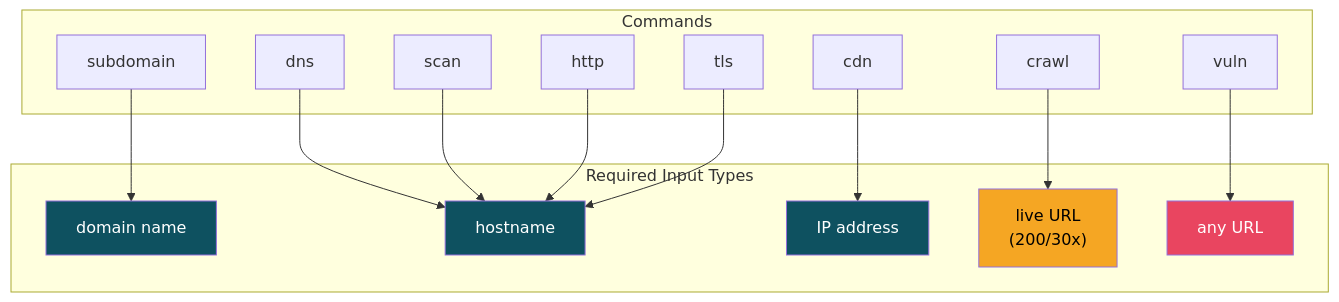
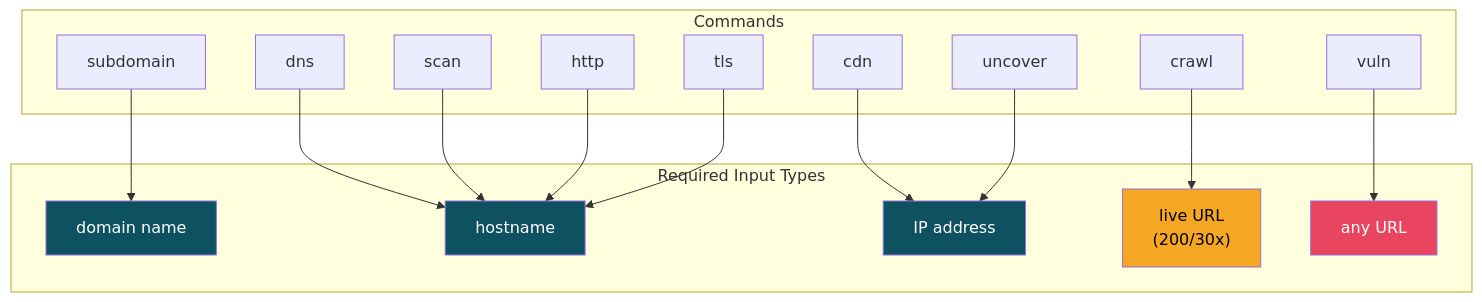
Before and after one commit to Linuxhackingid-official/Gorecon: the sixth of 20 diagrams in README.md, drawn with Mermaid. The commit also changed other lines of this file, not shown here.

Commit message:
docs: add uncover engine to README

````diff
--- a/README.md
+++ b/README.md
@@ -298,27 +299,28 @@
 ```mermaid
 flowchart TD
     subgraph INPUTS["Required Input Types"]
         I1["domain name"]
         I2["hostname"]
         I3["IP address"]
         I4["live URL<br/>(200/30x)"]
         I5["any URL"]
     end
 
     subgraph COMMANDS["Commands"]
         SD["subdomain"] --> I1
         DN["dns"] --> I2
         SC["scan"] --> I2
         HP["http"] --> I2
         TL["tls"] --> I2
         CD["cdn"] --> I3
+        UN["uncover"] --> I3
         CR["crawl"] --> I4
         VN["vuln"] --> I5
     end
 
     style I1 fill:#0e5160,color:#fff
     style I2 fill:#0e5160,color:#fff
     style I3 fill:#0e5160,color:#fff
     style I4 fill:#f5a623,color:#000
     style I5 fill:#e94560,color:#fff
 ```
````
